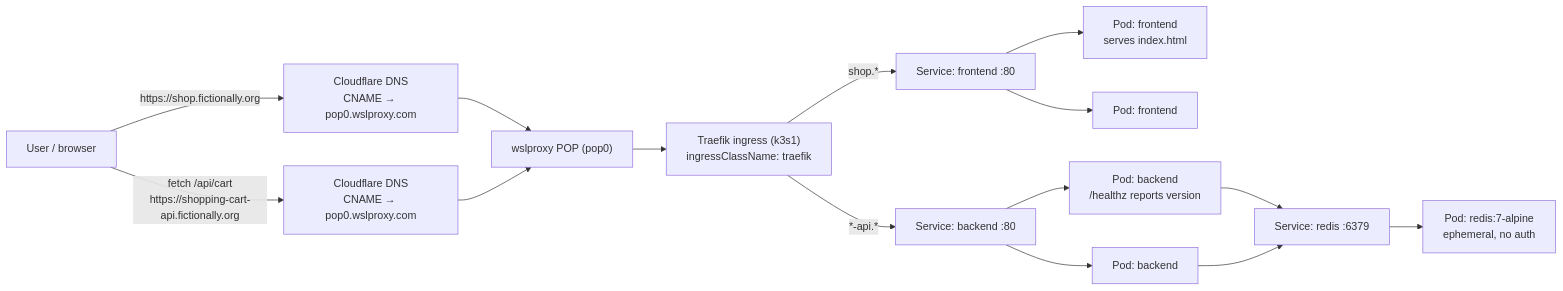
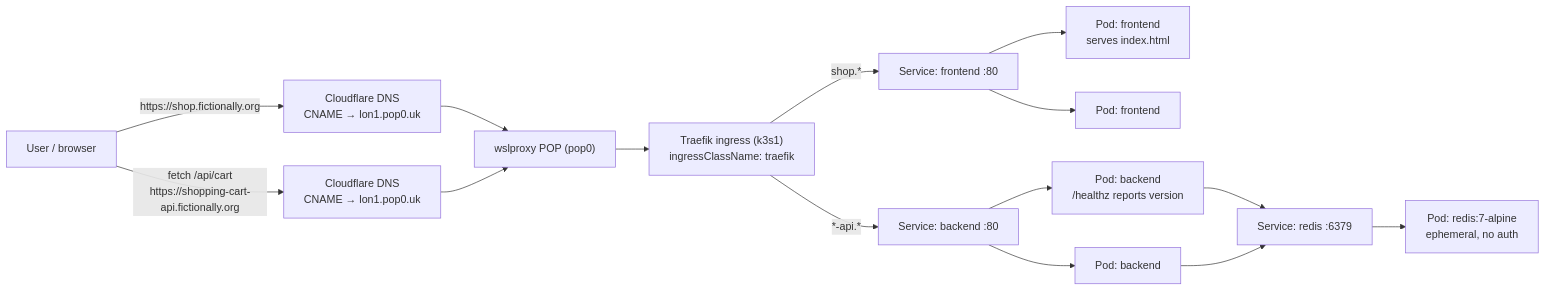
Before and after one commit to bwalia/ring-promoter: the first of 4 diagrams in training/sample-apps/shopping-cart/architecture.md, drawn with Mermaid. The commit also changed 29 other files, not shown here.

First line of the commit message:
chore(dns): repoint edge CNAME target pop0.wslproxy.com -> lon1.pop0.uk

````diff
--- a/training/sample-apps/shopping-cart/architecture.md
+++ b/training/sample-apps/shopping-cart/architecture.md
@@ -11,17 +11,17 @@
 ```mermaid
 flowchart LR
-  U["User / browser"] -->|"https://shop.fictionally.org"| CF1["Cloudflare DNS<br/>CNAME → pop0.wslproxy.com"]
-  U -->|"fetch /api/cart<br/>https://shopping-cart-api.fictionally.org"| CF2["Cloudflare DNS<br/>CNAME → pop0.wslproxy.com"]
+  U["User / browser"] -->|"https://shop.fictionally.org"| CF1["Cloudflare DNS<br/>CNAME → lon1.pop0.uk"]
+  U -->|"fetch /api/cart<br/>https://shopping-cart-api.fictionally.org"| CF2["Cloudflare DNS<br/>CNAME → lon1.pop0.uk"]
   CF1 --> POP["wslproxy POP (pop0)"]
   CF2 --> POP
   POP --> TR["Traefik ingress (k3s1)<br/>ingressClassName: traefik"]
   TR -->|"shop.*"| FSVC["Service: frontend :80"]
   TR -->|"*-api.*"| BSVC["Service: backend :80"]
   FSVC --> F1["Pod: frontend<br/>serves index.html"]
   FSVC --> F2["Pod: frontend"]
   BSVC --> B1["Pod: backend<br/>/healthz reports version"]
   BSVC --> B2["Pod: backend"]
   B1 --> RSVC["Service: redis :6379"]
   B2 --> RSVC
   RSVC --> R["Pod: redis:7-alpine<br/>ephemeral, no auth"]
 ```
````
